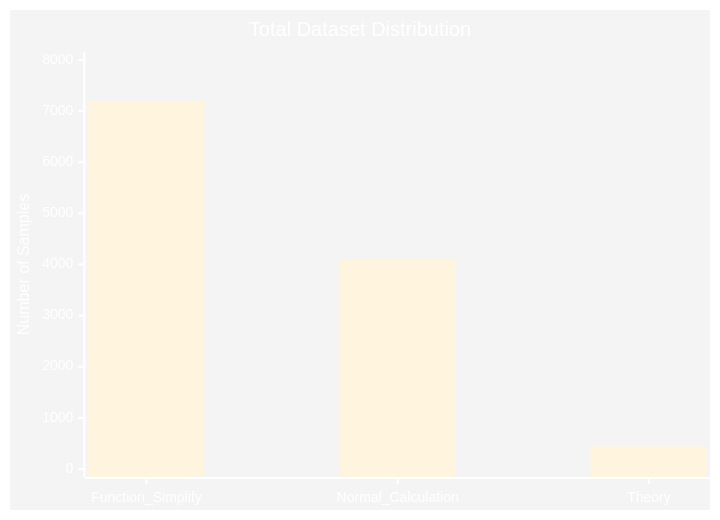
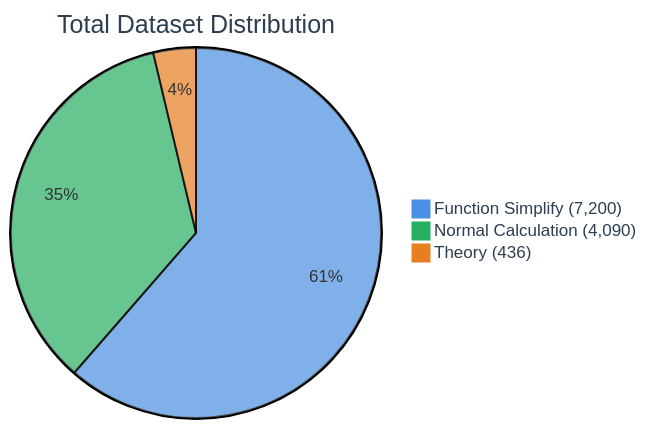
One commit to duonggiang156/banchmark-edabk changed the first of 3 diagrams in README.md. Above: the diagram before and after it, drawn with Mermaid.

Commit message:
Update README.md
cap nhat mau total

````diff
--- a/README.md
+++ b/README.md
@@ -117,8 +117,7 @@
 ```mermaid
-%%{init: {'theme':'base', 'themeVariables': { 'primaryColor': '#4A90E2', 'primaryTextColor': '#fff', 'primaryBorderColor': '#357ABD', 'lineColor': '#357ABD', 'secondaryColor': '#7ED321', 'tertiaryColor': '#F5A623'}}}%%
-xychart-beta
-    title "Total Dataset Distribution"
-    x-axis [Function_Simplify, Normal_Calculation, Theory]
-    y-axis "Number of Samples" 0 --> 8000
-    bar [7200, 4090, 436]
+%%{init: {'theme':'base', 'themeVariables': { 'pie1': '#4A90E2', 'pie2': '#27AE60', 'pie3': '#E67E22', 'pieLegendTextColor': '#2C3E50', 'pieTitleTextColor': '#2C3E50'}}}%%
+pie title Total Dataset Distribution
+    "Function Simplify (7,200)" : 7200
+    "Normal Calculation (4,090)" : 4090
+    "Theory (436)" : 436
 ```
````
